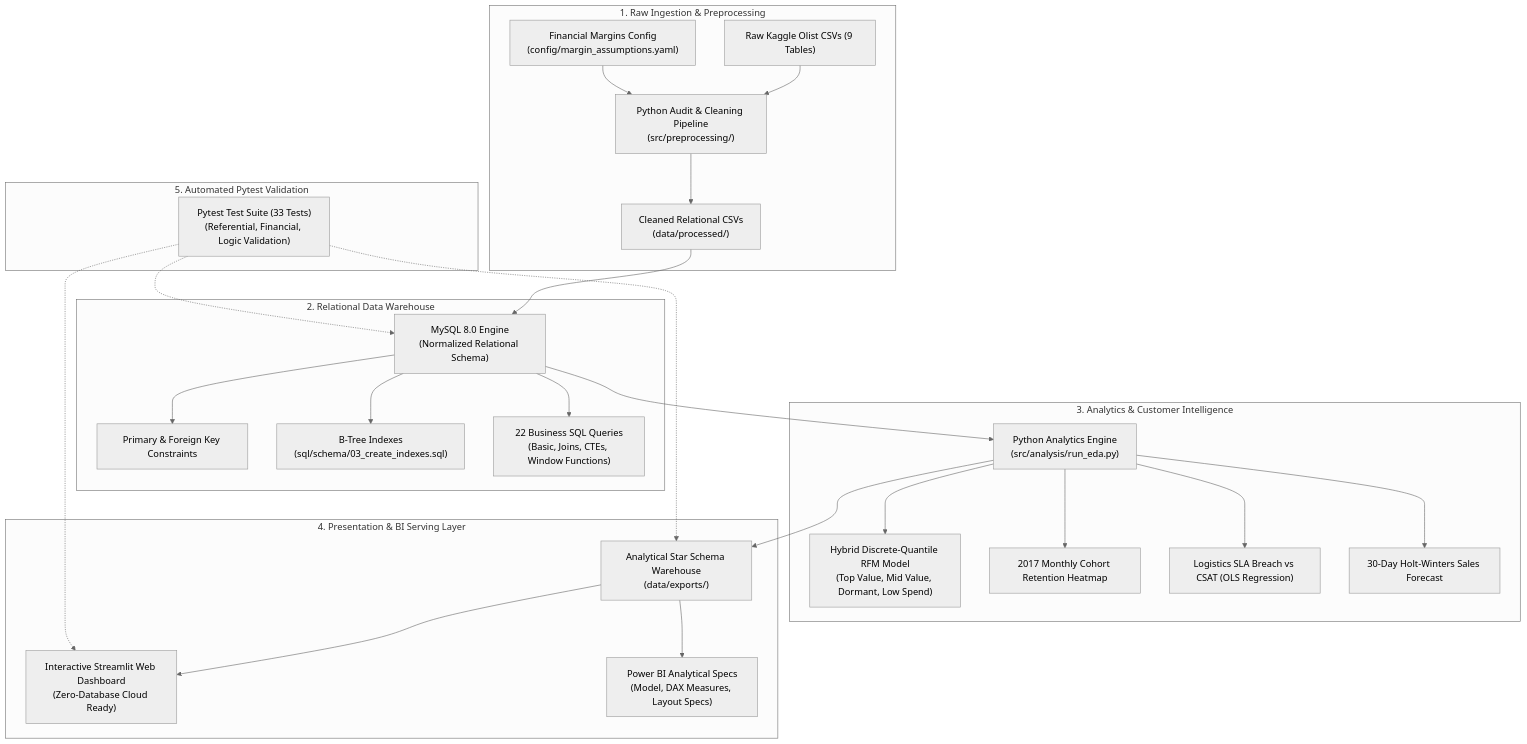
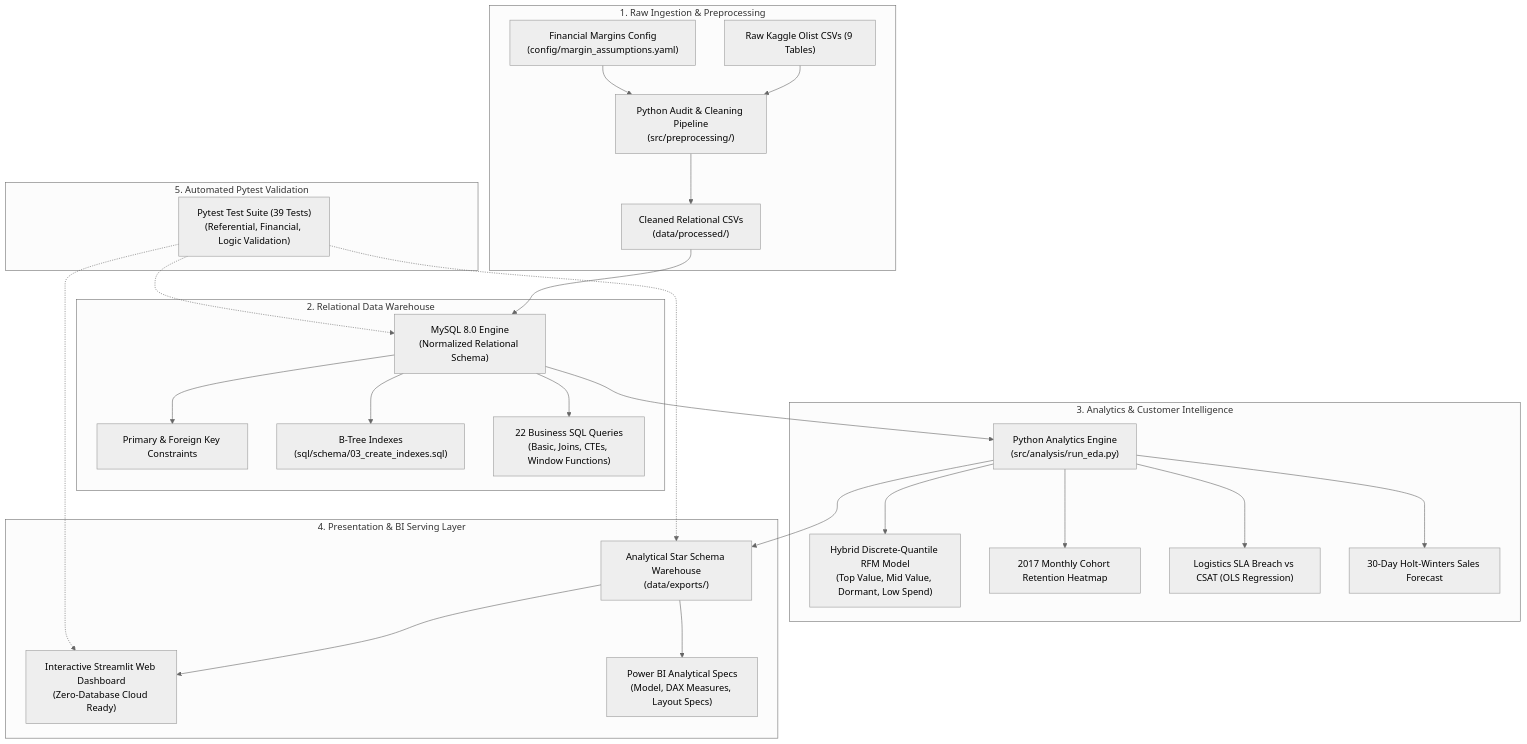
The diagram in README.md (Samk709/ecommerce-sales-customer-analytics), drawn with Mermaid (neutral theme) before and after one commit. The commit also changed other lines of this file and 6 other files, not shown here.

````diff
--- a/README.md
+++ b/README.md
@@ -15,35 +15,35 @@
 ```mermaid
 flowchart TD
     subgraph Ingestion["1. Raw Ingestion & Preprocessing"]
         A["Raw Kaggle Olist CSVs (9 Tables)"] --> B["Python Audit & Cleaning Pipeline\n(src/preprocessing/)"]
         B --> C["Cleaned Relational CSVs\n(data/processed/)"]
         M["Financial Margins Config\n(config/margin_assumptions.yaml)"] --> B
     end
 
     subgraph Database["2. Relational Data Warehouse"]
         C --> D["MySQL 8.0 Engine\n(Normalized Relational Schema)"]
         D --> E["Primary & Foreign Key Constraints"]
         D --> F["B-Tree Indexes\n(sql/schema/03_create_indexes.sql)"]
         D --> G["22 Business SQL Queries\n(Basic, Joins, CTEs, Window Functions)"]
     end
 
     subgraph Intelligence["3. Analytics & Customer Intelligence"]
         D --> H["Python Analytics Engine\n(src/analysis/run_eda.py)"]
         H --> I["Hybrid Discrete-Quantile RFM Model\n(Top Value, Mid Value, Dormant, Low Spend)"]
         H --> J["2017 Monthly Cohort Retention Heatmap"]
         H --> K["Logistics SLA Breach vs CSAT (OLS Regression)"]
         H --> L["30-Day Holt-Winters Sales Forecast"]
     end
 
     subgraph Serving["4. Presentation & BI Serving Layer"]
         H --> N["Analytical Star Schema Warehouse\n(data/exports/)"]
         N --> O["Interactive Streamlit Web Dashboard\n(Zero-Database Cloud Ready)"]
         N --> P["Power BI Analytical Specs\n(Model, DAX Measures, Layout Specs)"]
     end
 
     subgraph Quality["5. Automated Pytest Validation"]
-        Q["Pytest Test Suite (33 Tests)\n(Referential, Financial, Logic Validation)"] -.-> D
+        Q["Pytest Test Suite (39 Tests)\n(Referential, Financial, Logic Validation)"] -.-> D
         Q -.-> N
         Q -.-> O
     end
 ```
````
